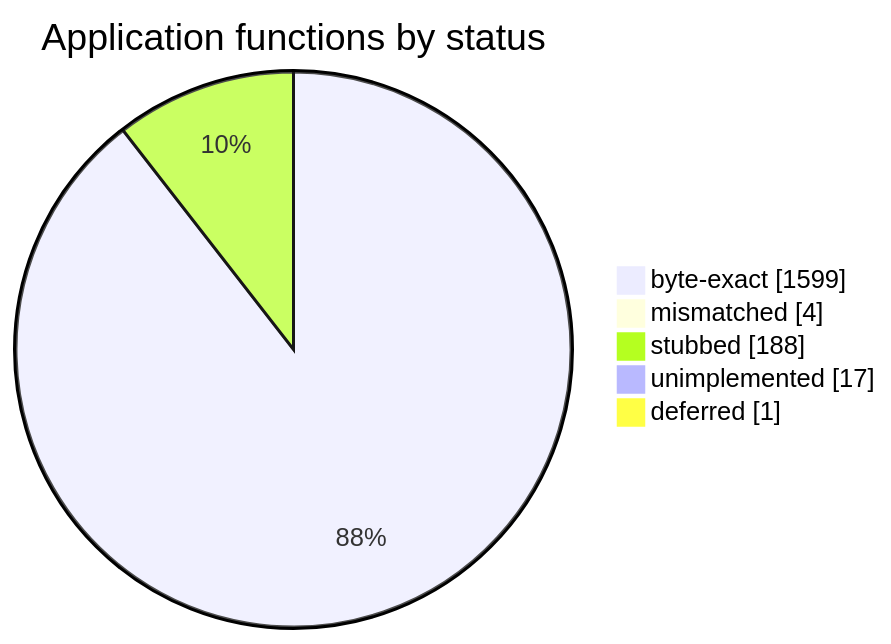
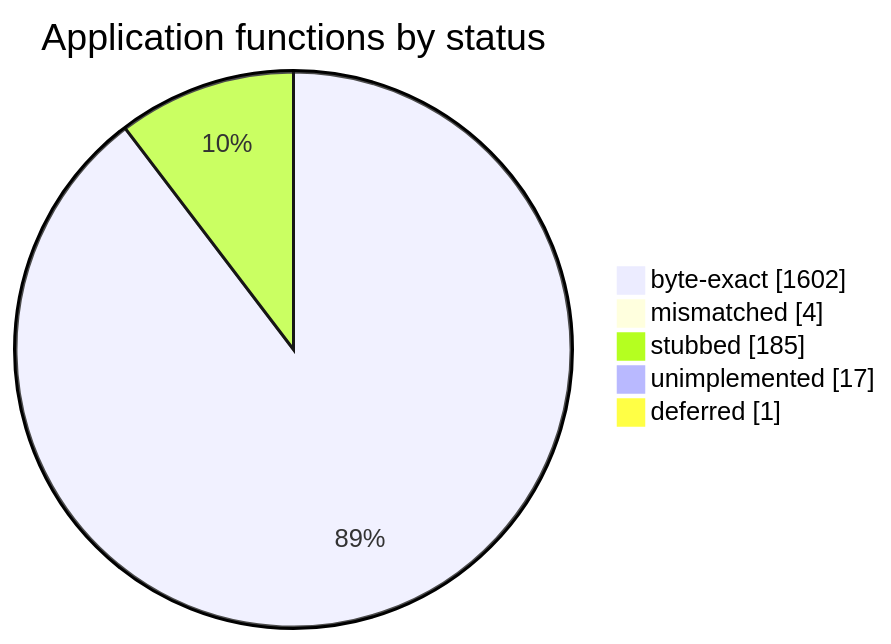
Before and after one commit to sorokya/eos: the diagram in README.md, drawn with Mermaid. The commit also changed other lines of this file and 5 other files, not shown here.

````diff
--- a/README.md
+++ b/README.md
@@ -152,9 +152,9 @@
 ```mermaid
 pie showData
     title Application functions by status
-    "byte-exact" : 1599
+    "byte-exact" : 1602
     "mismatched" : 4
-    "stubbed" : 188
+    "stubbed" : 185
     "unimplemented" : 17
     "deferred" : 1
 ```
````
